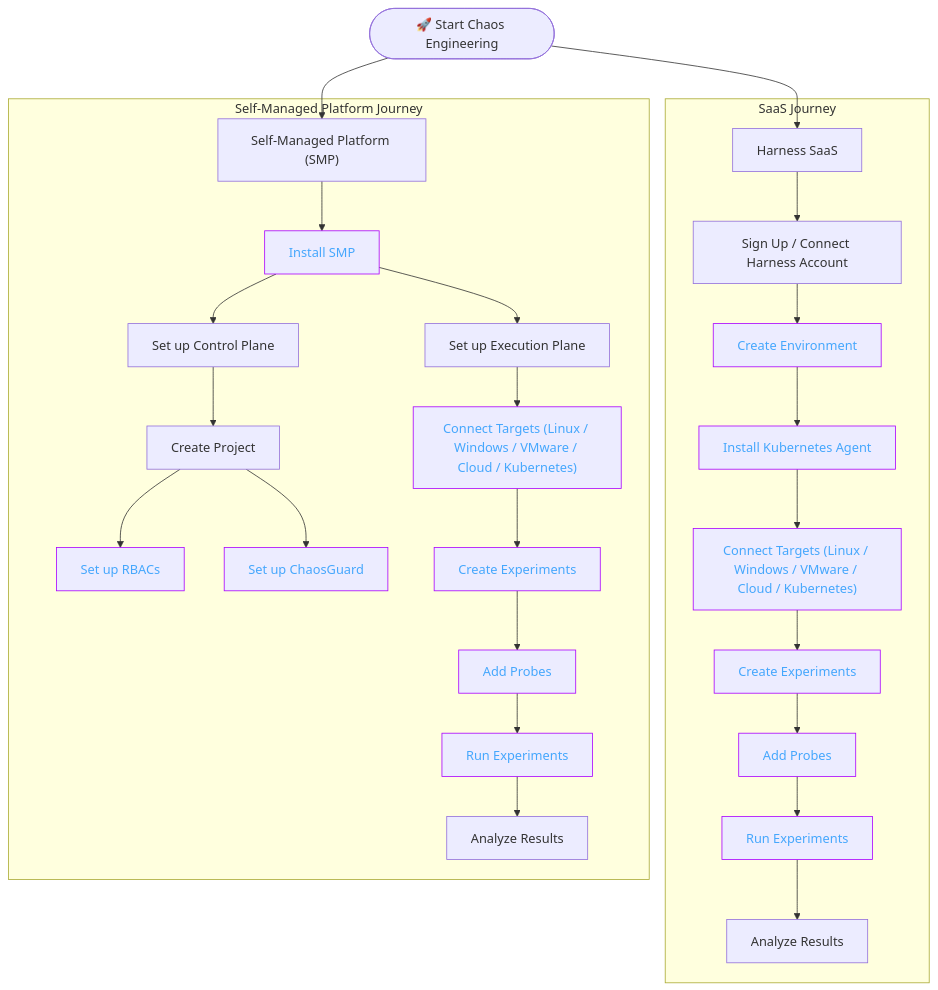
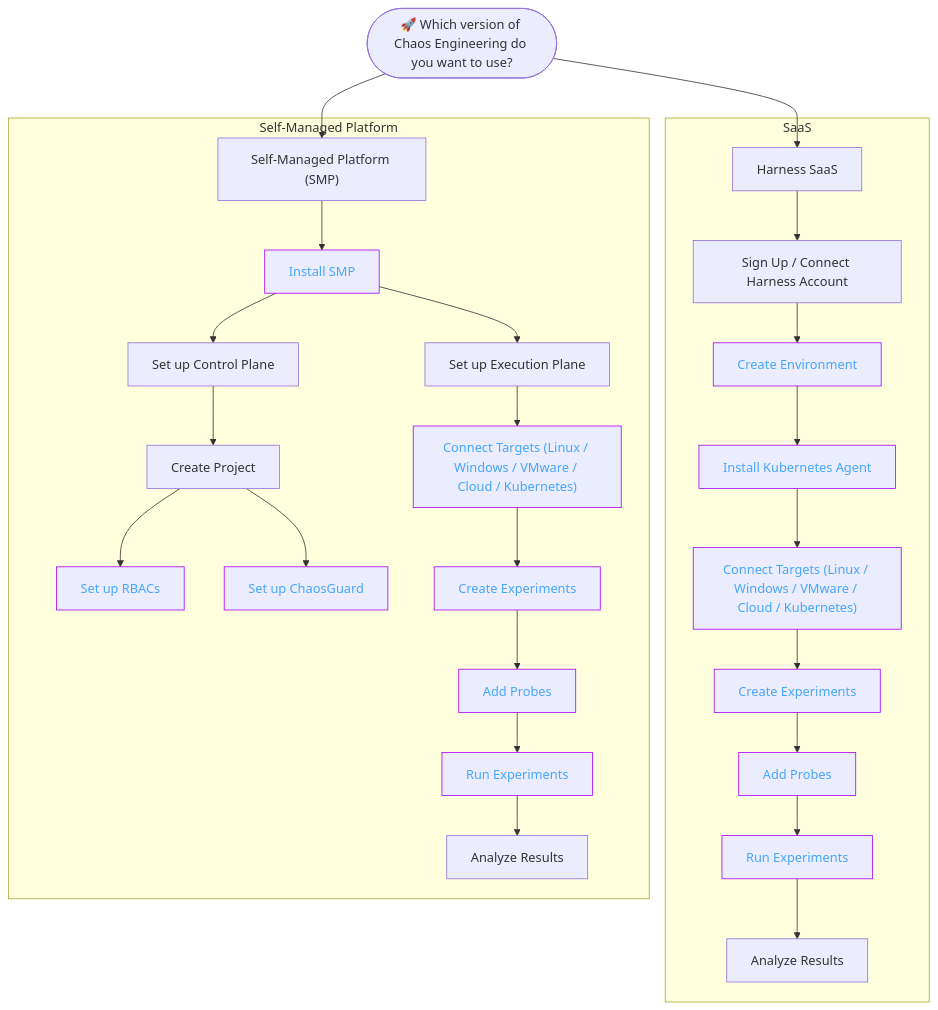
The second of 2 diagrams in docs/chaos-engineering/getting-started/user-persona.md (harness/developer-hub), drawn with Mermaid before and after one commit. The commit also changed 1 other file, not shown here.

````diff
--- a/docs/chaos-engineering/getting-started/user-persona.md
+++ b/docs/chaos-engineering/getting-started/user-persona.md
@@ -69,69 +69,69 @@
 ```mermaid
 flowchart TD
   %% Entry point
-  START([🚀 Start Chaos Engineering])
+  START([🚀 Which version of Chaos Engineering do you want to use? ])
   START --> SaaS["Harness SaaS"]
   START --> SMP["Self-Managed Platform (SMP)"]
 
   %% -------------------------------
   %% SaaS Journey
-  subgraph SaaS_Flow [SaaS Journey]
+  subgraph SaaS_Flow [SaaS]
     SaaS --> SaaS_Onboard["Sign Up / Connect Harness Account"]
     SaaS_Onboard["Sign Up / Connect Harness Account"] --> Env["Create Environment"]
     Env["Create Environment"] --> SaaS_Install["Install Kubernetes Agent"]
     SaaS_Install --> SaaS_Targets["Connect Targets (Linux / Windows / VMware / Cloud / Kubernetes)"]
     SaaS_Targets --> SaaS_Experiments["Create Experiments"]
     SaaS_Experiments --> SaaS_Probes["Add Probes"]
     SaaS_Probes --> SaaS_Run["Run Experiments"]
     SaaS_Run --> SaaS_Analyze["Analyze Results"]
   end
 
   %% -------------------------------
   %% SMP Journey
-  subgraph SMP_Flow [Self-Managed Platform Journey]
+  subgraph SMP_Flow [Self-Managed Platform]
     SMP --> SMP_Install["Install SMP"]
     SMP_Install --> SMP_CP["Set up Control Plane"]
     SMP_Install --> SMP_EP["Set up Execution Plane"]
     SMP_CP --> SMP_Project["Create Project"]
     SMP_Project --> SMP_RBAC["Set up RBACs"]
     SMP_Project --> SMP_Guard["Set up ChaosGuard"]
     SMP_EP --> SMP_Targets["Connect Targets (Linux / Windows / VMware / Cloud / Kubernetes)"]
     SMP_Targets --> SMP_Experiments["Create Experiments"]
     SMP_Experiments --> SMP_Probes["Add Probes"]
     SMP_Probes --> SMP_Run["Run Experiments"]
     SMP_Run --> SMP_Analyze["Analyze Results"]
   end
 
   %% Styling
   classDef roleStyle fill:#f9f9f9,stroke:#999,color:#333,stroke-width:1px;
   class Dev,QA,SRE,Platform roleStyle;
 
   style SMP_Install color:#45A7FD, stroke:#AA00FF
   style SMP_Guard color:#45A7FD, stroke:#AA00FF
   style SMP_RBAC color:#45A7FD, stroke:#AA00FF
   style SMP_Experiments color:#45A7FD, stroke:#AA00FF
   style SMP_Run color:#45A7FD, stroke:#AA00FF
   style SMP_Probes color:#45A7FD, stroke:#AA00FF
   style Env color:#45A7FD, stroke:#AA00FF
   style SaaS_Install color:#45A7FD, stroke:#AA00FF
   style SaaS_Experiments color:#45A7FD, stroke:#AA00FF
   style SaaS_Run color:#45A7FD, stroke:#AA00FF
   style SaaS_Probes color:#45A7FD, stroke:#AA00FF
   style SaaS_Targets color:#45A7FD, stroke:#AA00FF
   style SMP_Targets color:#45A7FD, stroke:#AA00FF
 
   click SMP_Install "https://developer.harness.io/docs/category/install"
   click SMP_Guard "https://developer.harness.io/docs/chaos-engineering/use-harness-ce/governance/governance-in-execution/govern-run"
   click SMP_RBAC "https://developer.harness.io/docs/chaos-engineering/use-harness-ce/governance/governance-in-execution/"
   click SMP_Experiments "https://developer.harness.io/docs/chaos-engineering/use-harness-ce/experiments/create-experiments"
   click SMP_Run "https://developer.harness.io/docs/chaos-engineering/use-harness-ce/experiments/run-schedule-exp"
   click SMP_Probes "https://developer.harness.io/docs/chaos-engineering/use-harness-ce/probes/use-probe"
   click Env "https://developer.harness.io/docs/chaos-engineering/use-harness-ce/experiments/create-experiments#create-environment"
   click SaaS_Install "https://developer.harness.io/docs/chaos-engineering/use-harness-ce/infrastructures/types/ddcr/installation"
   click SaaS_Experiments "https://developer.harness.io/docs/chaos-engineering/use-harness-ce/experiments/create-experiments"
   click SaaS_Run "https://developer.harness.io/docs/chaos-engineering/use-harness-ce/experiments/run-schedule-exp"
   click SaaS_Probes "https://developer.harness.io/docs/chaos-engineering/use-harness-ce/probes/use-probe"
   click SaaS_Targets "https://developer.harness.io/docs/chaos-engineering/use-harness-ce/chaos-faults/"
   click SMP_Targets "https://developer.harness.io/docs/chaos-engineering/use-harness-ce/chaos-faults/"
 
 ```
````
